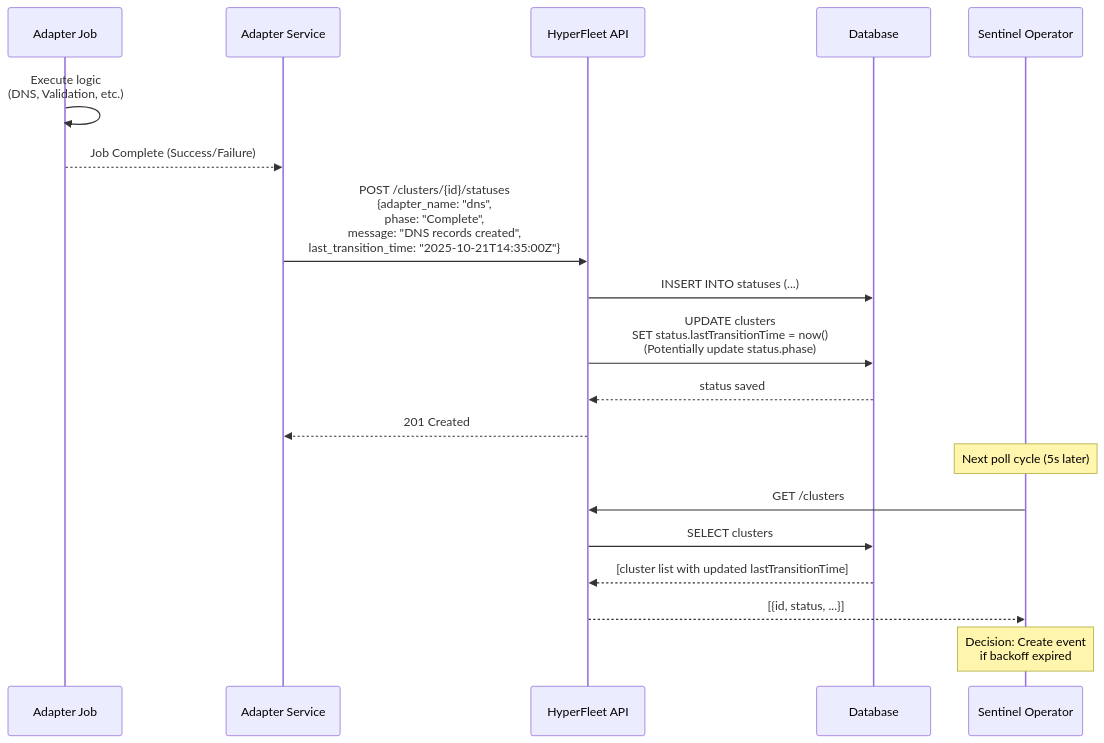
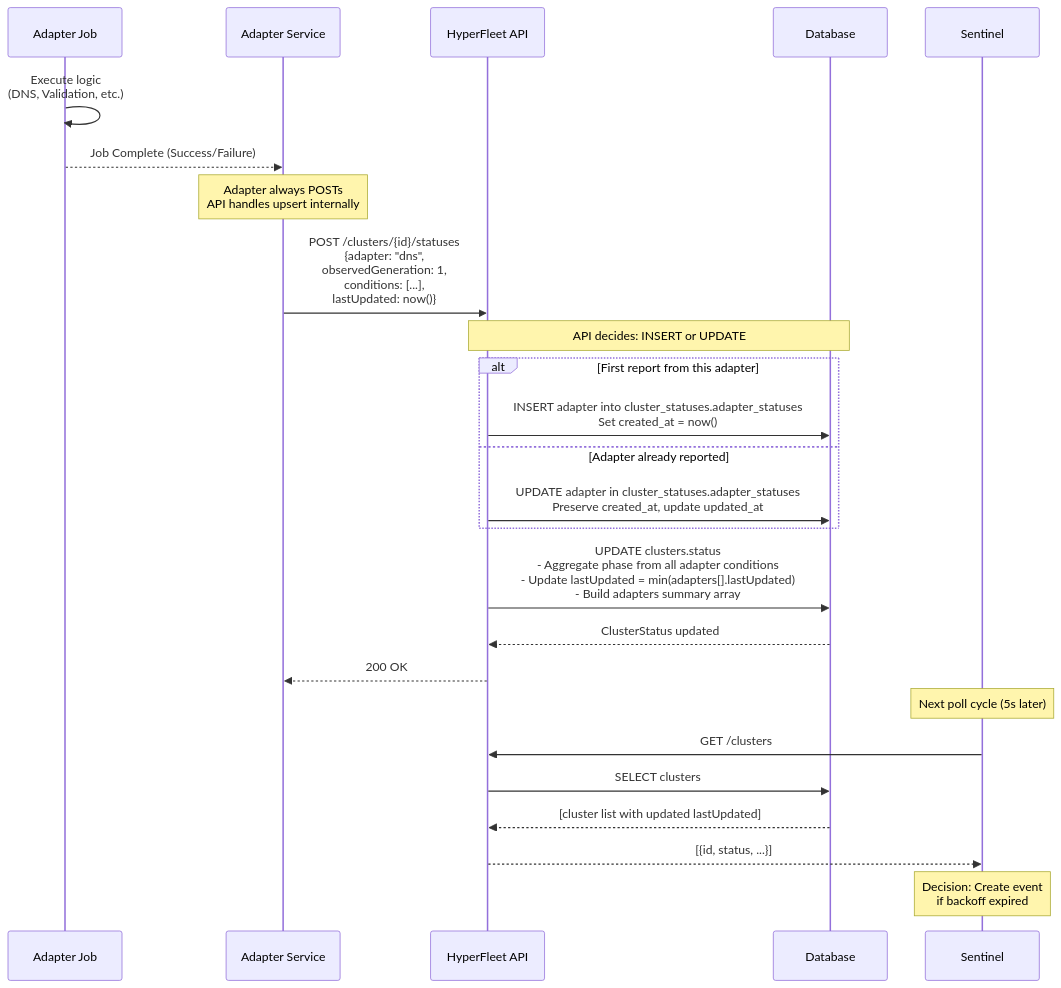
The third of 3 diagrams in hyperfleet/architecture/architecture-summary.md (rafabene/hyperfleet-architecture), drawn with Mermaid before and after one commit. The commit also changed other lines of this file and 5 other files, not shown here.

````diff
--- a/hyperfleet/architecture/architecture-summary.md
+++ b/hyperfleet/architecture/architecture-summary.md
@@ -486,27 +567,36 @@
 ```mermaid
 sequenceDiagram
     participant Job as Adapter Job
     participant Adapter as Adapter Service
     participant API as HyperFleet API
     participant DB as Database
-    participant Sentinel as Sentinel Operator
+    participant Sentinel as Sentinel
 
     Job->>Job: Execute logic<br/>(DNS, Validation, etc.)
     Job-->>Adapter: Job Complete (Success/Failure)
 
-    Adapter->>API: POST /clusters/{id}/statuses<br/>{adapter_name: "dns",<br/>phase: "Complete",<br/>message: "DNS records created",<br/>last_transition_time: "2025-10-21T14:35:00Z"}
+    Note over Adapter: Adapter always POSTs<br/>API handles upsert internally
 
-    API->>DB: INSERT INTO statuses (...)
-    API->>DB: UPDATE clusters<br/>SET status.lastTransitionTime = now()<br/>(Potentially update status.phase)
-    DB-->>API: status saved
-    API-->>Adapter: 201 Created
+    Adapter->>API: POST /clusters/{id}/statuses<br/>{adapter: "dns",<br/>observedGeneration: 1,<br/>conditions: [...],<br/>lastUpdated: now()}
+
+    Note over API,DB: API decides: INSERT or UPDATE
+
+    alt First report from this adapter
+        API->>DB: INSERT adapter into cluster_statuses.adapter_statuses<br/>Set created_at = now()
+    else Adapter already reported
+        API->>DB: UPDATE adapter in cluster_statuses.adapter_statuses<br/>Preserve created_at, update updated_at
+    end
+
+    API->>DB: UPDATE clusters.status<br/>- Aggregate phase from all adapter conditions<br/>- Update lastUpdated = min(adapters[].lastUpdated)<br/>- Build adapters summary array
+    DB-->>API: ClusterStatus updated
+    API-->>Adapter: 200 OK
 
     Note over Sentinel: Next poll cycle (5s later)
 
     Sentinel->>API: GET /clusters
     API->>DB: SELECT clusters
-    DB-->>API: [cluster list with updated lastTransitionTime]
+    DB-->>API: [cluster list with updated lastUpdated]
     API-->>Sentinel: [{id, status, ...}]
 
     Note over Sentinel: Decision: Create event<br/>if backoff expired
 ```
````
